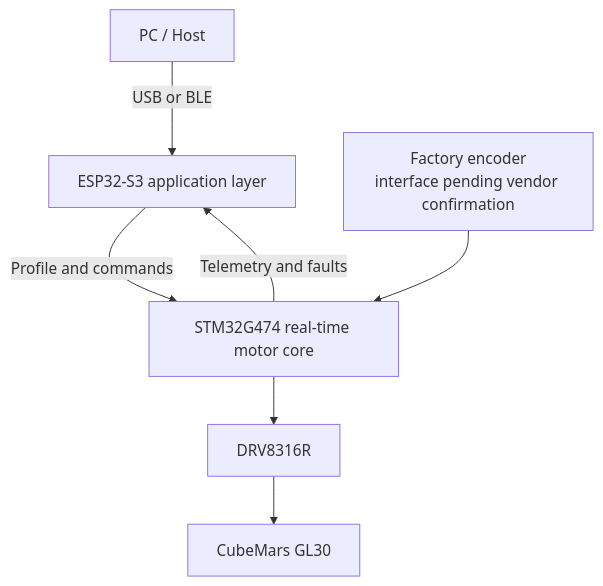
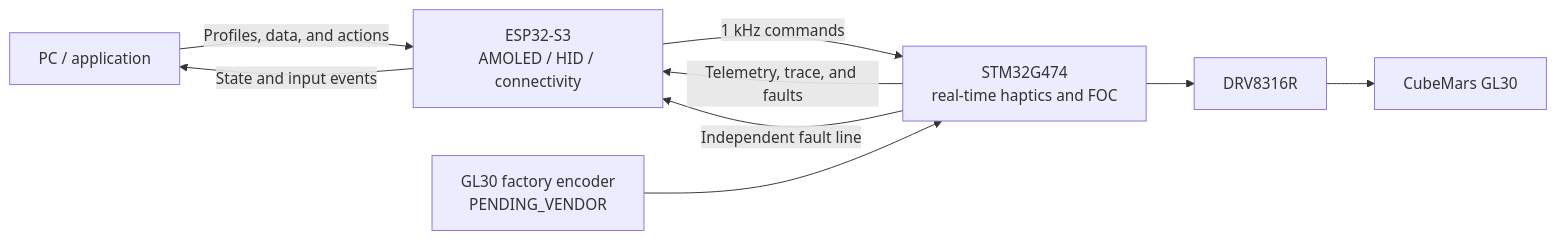
One commit to Master-1st/GL30-Haptic-Control changed the diagram in README.md. Above: the diagram before and after it, drawn with Mermaid. The commit also changed other lines of this file and 1 other file, not shown here.

````diff
--- a/README.md
+++ b/README.md
@@ -25,9 +49,11 @@
 ```mermaid
-flowchart TB
-    Host[PC / Host] -->|USB or BLE| App[ESP32-S3 application layer]
-    App -->|Profile and commands| Core[STM32G474 real-time motor core]
+flowchart LR
+    Host[PC / application] -->|Profiles, data, and actions| App[ESP32-S3<br/>AMOLED / HID / connectivity]
+    App -->|1 kHz commands| Core[STM32G474<br/>real-time haptics and FOC]
     Core --> Driver[DRV8316R]
     Driver --> Motor[CubeMars GL30]
-    Encoder[Factory encoder\ninterface pending vendor confirmation] --> Core
-    Core -->|Telemetry and faults| App
+    Encoder[GL30 factory encoder<br/>PENDING_VENDOR] --> Core
+    Core -->|Telemetry, trace, and faults| App
+    App -->|State and input events| Host
+    Core -->|Independent fault line| App
 ```
````
